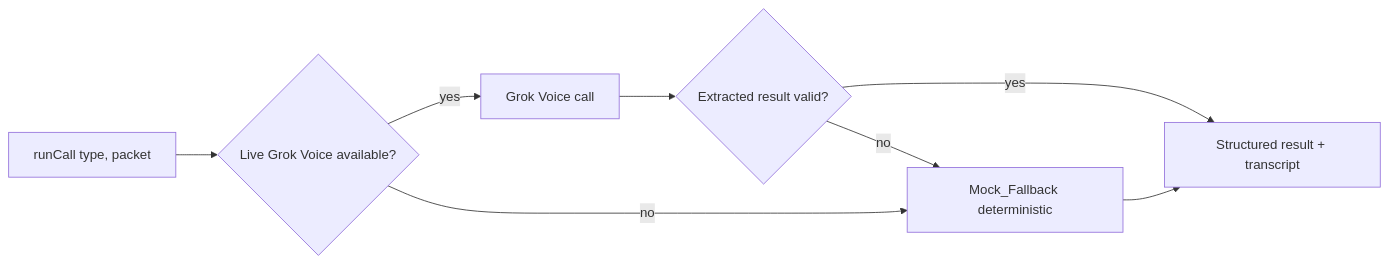
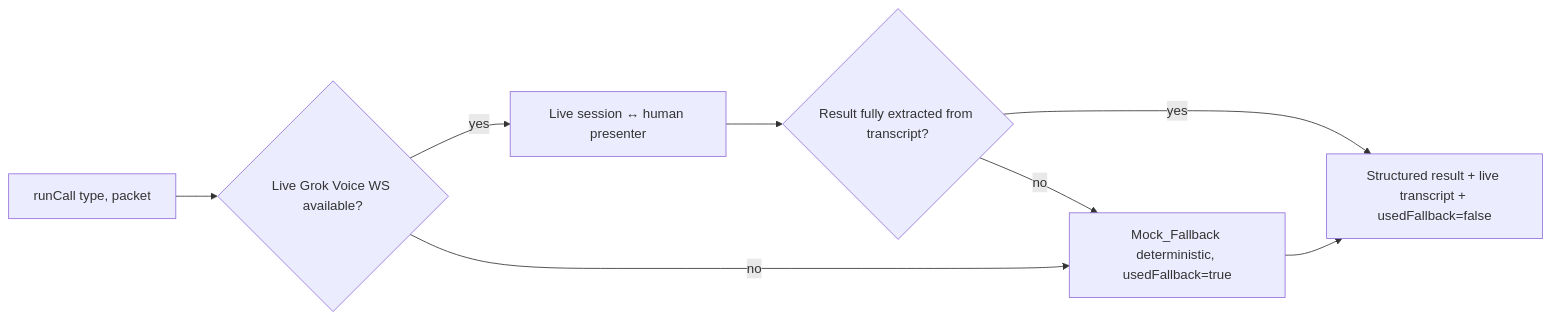
The third of 4 diagrams in .kiro/specs/fairy/design.md (Jiyungi/fairy), drawn with Mermaid before and after one commit. The commit also changed other lines of this file and 2 other files, not shown here.

Commit message:
docs(fairy): evolve spec for live Grok Voice, Inngest fan-out, waitForEvent approval gate, step.sleep check-in, reactive graph (Reqs 6,7,15,16,17-20; Properties 27-32; Tasks 21-25)

````diff
--- a/.kiro/specs/fairy/design.md
+++ b/.kiro/specs/fairy/design.md
@@ -121,9 +138,9 @@
 ```mermaid
 graph LR
-    Call[runCall type, packet] --> Try{Live Grok Voice available?}
-    Try -- yes --> Live[Grok Voice call] --> Ok{Extracted result valid?}
-    Ok -- yes --> Result[Structured result + transcript]
+    Call[runCall type, packet] --> Try{Live Grok Voice WS available?}
+    Try -- yes --> Live[Live session ↔ human presenter] --> Ok{Result fully extracted from transcript?}
+    Ok -- yes --> Result[Structured result + live transcript + usedFallback=false]
     Ok -- no --> MockFB
-    Try -- no --> MockFB[Mock_Fallback deterministic]
+    Try -- no --> MockFB[Mock_Fallback deterministic, usedFallback=true]
     MockFB --> Result
 ```
````
